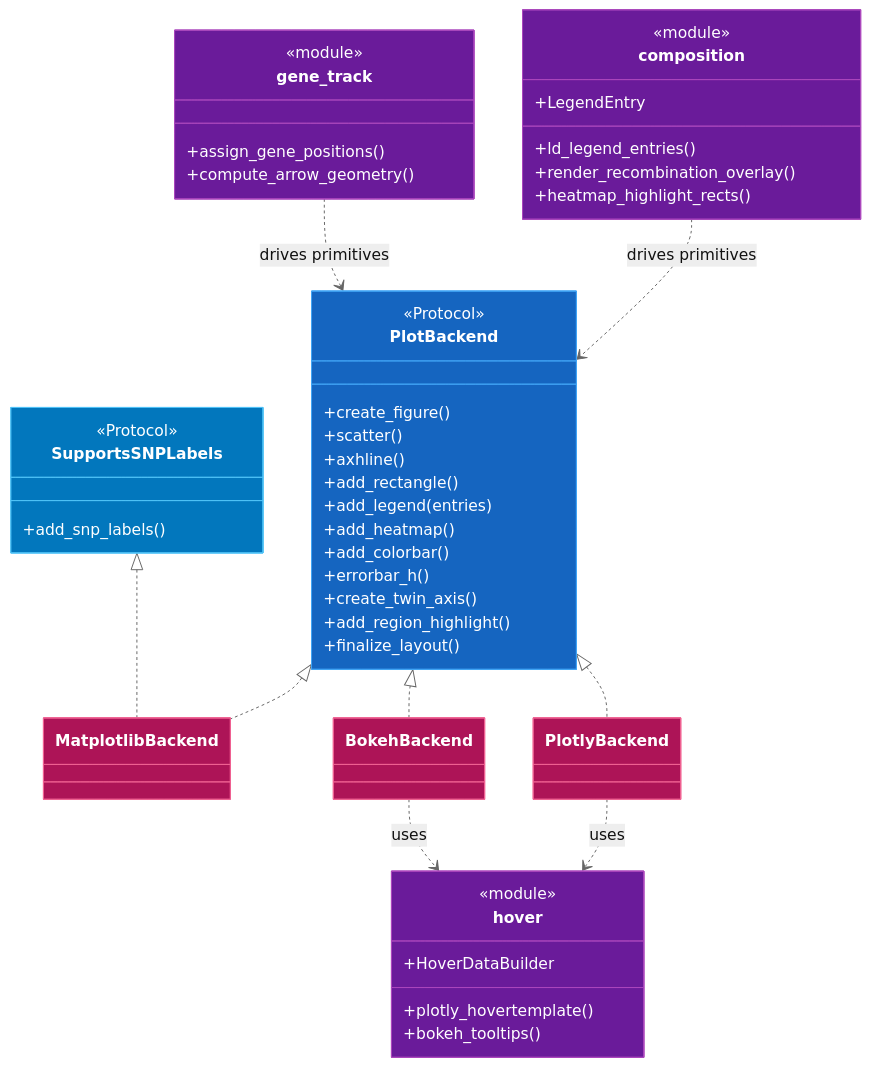
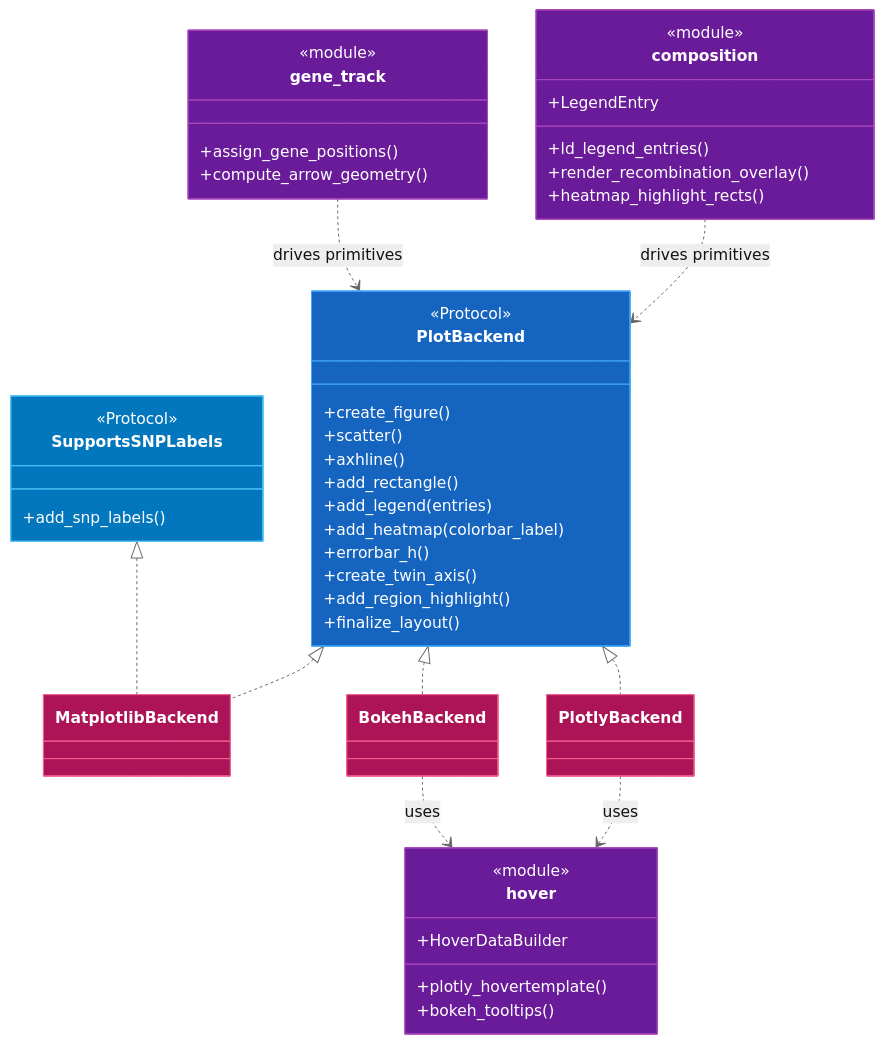
The third of 3 diagrams in docs/CODEMAP.md (michael-denyer/pyLocusZoom), drawn with Mermaid (neutral theme) before and after one commit. The commit also changed other lines of this file and 82 other files, not shown here.

````diff
--- a/docs/CODEMAP.md
+++ b/docs/CODEMAP.md
@@ -371,60 +372,59 @@
 ```mermaid
 classDiagram
     class PlotBackend {
         <<Protocol>>
         +create_figure()
         +scatter()
         +axhline()
         +add_rectangle()
         +add_legend(entries)
-        +add_heatmap()
-        +add_colorbar()
+        +add_heatmap(colorbar_label)
         +errorbar_h()
         +create_twin_axis()
         +add_region_highlight()
         +finalize_layout()
     }
     class SupportsSNPLabels {
         <<Protocol>>
         +add_snp_labels()
     }
     class composition {
         <<module>>
         +LegendEntry
         +ld_legend_entries()
         +render_recombination_overlay()
         +heatmap_highlight_rects()
     }
     class hover {
         <<module>>
         +HoverDataBuilder
         +plotly_hovertemplate()
         +bokeh_tooltips()
     }
     class gene_track {
         <<module>>
         +assign_gene_positions()
         +compute_arrow_geometry()
     }
     class MatplotlibBackend
     class PlotlyBackend
     class BokehBackend
 
     PlotBackend <|.. MatplotlibBackend
     PlotBackend <|.. PlotlyBackend
     PlotBackend <|.. BokehBackend
     SupportsSNPLabels <|.. MatplotlibBackend
     composition ..> PlotBackend : drives primitives
     gene_track ..> PlotBackend : drives primitives
     PlotlyBackend ..> hover : uses
     BokehBackend ..> hover : uses
 
     style PlotBackend fill:#1565c0,stroke:#42a5f5,color:#ffffff
     style SupportsSNPLabels fill:#0277bd,stroke:#4fc3f7,color:#ffffff
     style MatplotlibBackend fill:#ad1457,stroke:#f06292,color:#ffffff
     style PlotlyBackend fill:#ad1457,stroke:#f06292,color:#ffffff
     style BokehBackend fill:#ad1457,stroke:#f06292,color:#ffffff
     style composition fill:#6a1b9a,stroke:#ab47bc,color:#ffffff
     style hover fill:#6a1b9a,stroke:#ab47bc,color:#ffffff
     style gene_track fill:#6a1b9a,stroke:#ab47bc,color:#ffffff
 ```
````
